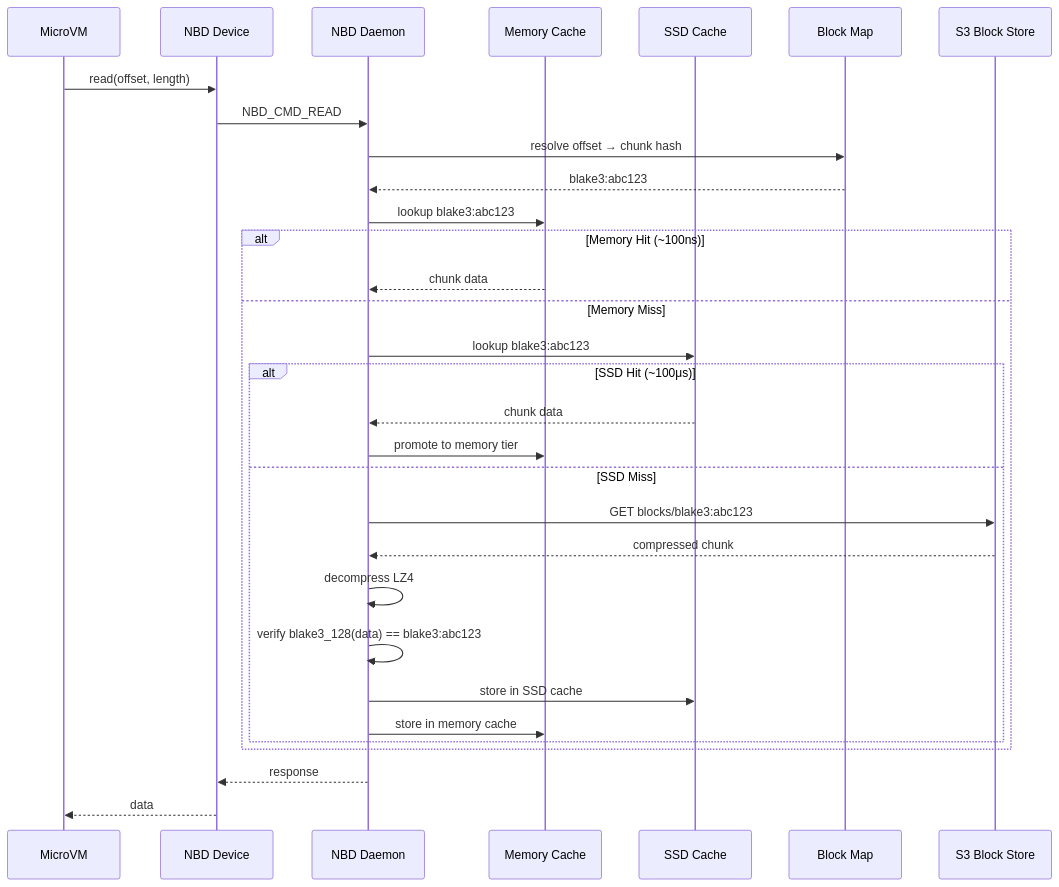
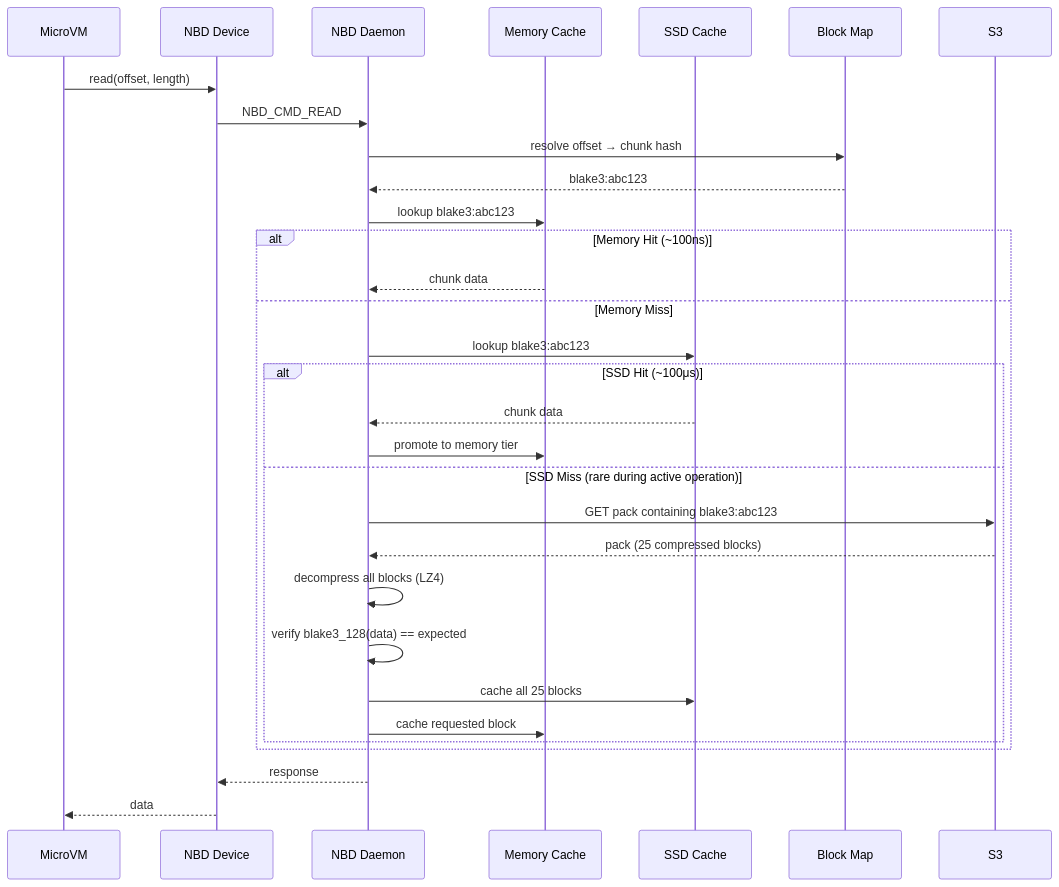
Before and after one commit to paraglidehq/glidefs: the fifth of 13 diagrams in GLIDEv2.md, drawn with Mermaid. The commit also changed other lines of this file, not shown here.

````diff
--- a/GLIDEv2.md
+++ b/GLIDEv2.md
@@ -101,36 +268,36 @@
 ```mermaid
 sequenceDiagram
     participant VM as MicroVM
     participant NBD as NBD Device
     participant D as NBD Daemon
     participant MC as Memory Cache
     participant SC as SSD Cache
     participant M as Block Map
-    participant S3 as S3 Block Store
+    participant S3 as S3
 
     VM->>NBD: read(offset, length)
     NBD->>D: NBD_CMD_READ
     D->>M: resolve offset → chunk hash
     M-->>D: blake3:abc123
 
     D->>MC: lookup blake3:abc123
     alt Memory Hit (~100ns)
         MC-->>D: chunk data
     else Memory Miss
         D->>SC: lookup blake3:abc123
         alt SSD Hit (~100μs)
             SC-->>D: chunk data
             D->>MC: promote to memory tier
-        else SSD Miss
-            D->>S3: GET blocks/blake3:abc123
-            S3-->>D: compressed chunk
-            D->>D: decompress LZ4
-            D->>D: verify blake3_128(data) == blake3:abc123
-            D->>SC: store in SSD cache
-            D->>MC: store in memory cache
+        else SSD Miss (rare during active operation)
+            D->>S3: GET pack containing blake3:abc123
+            S3-->>D: pack (25 compressed blocks)
+            D->>D: decompress all blocks (LZ4)
+            D->>D: verify blake3_128(data) == expected
+            D->>SC: cache all 25 blocks
+            D->>MC: cache requested block
         end
     end
 
     D-->>NBD: response
     NBD-->>VM: data
 ```
````
